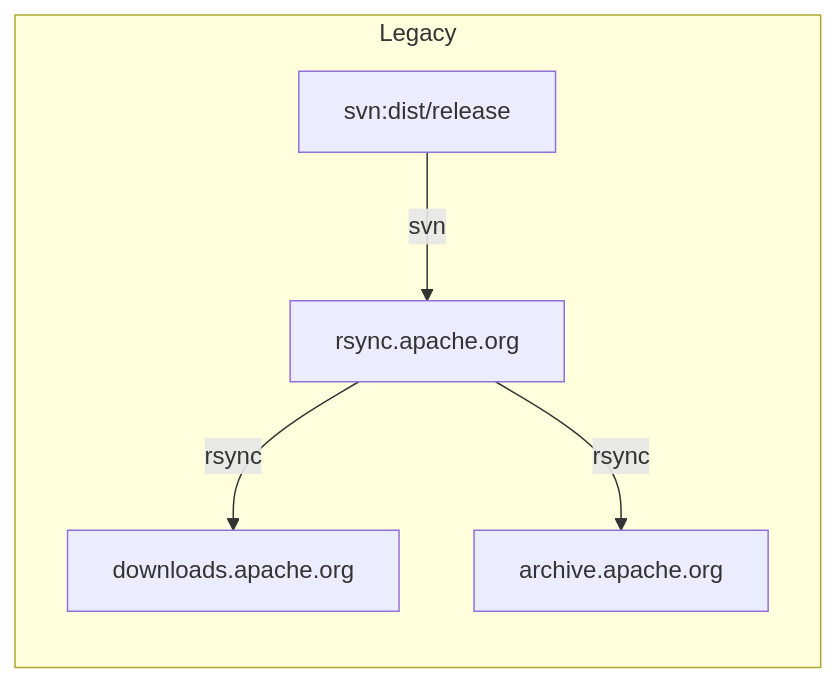
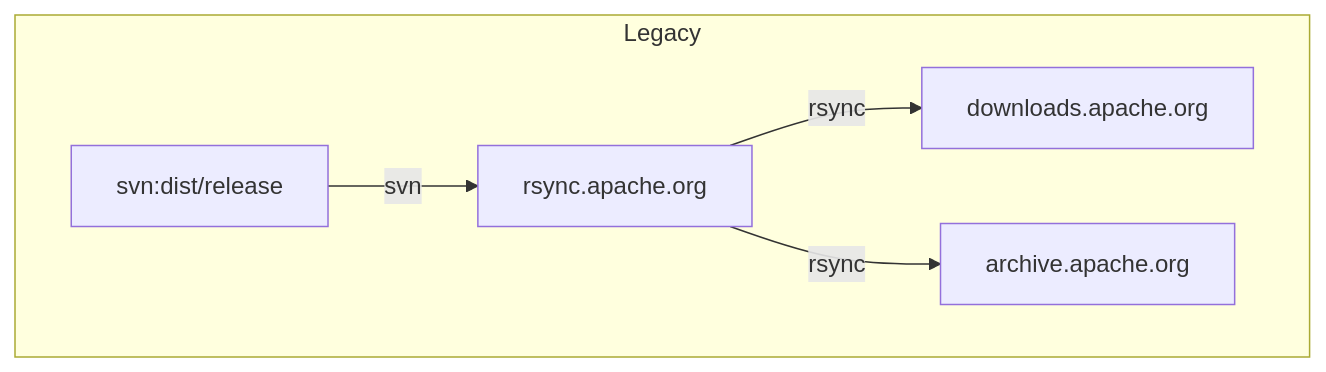
The first of 6 diagrams in content/pages/svn-dist.md (jbampton/tooling-docs), drawn with Mermaid before and after one commit. The commit also changed other lines of this file, not shown here.

Commit message:
Learn how to mermaid

````diff
--- a/content/pages/svn-dist.md
+++ b/content/pages/svn-dist.md
@@ -38,12 +38,12 @@
 ```mermaid
-flowchart LR
+flowchart
   subgraph Legacy
     A[svn:dist/release]
     B[rsync.apache.org]
     A -->|svn| B
     C["downloads.apache.org"]
     D[archive.apache.org]
     B -->|rsync| C
     B -->|rsync| D
   end
 ```
````
